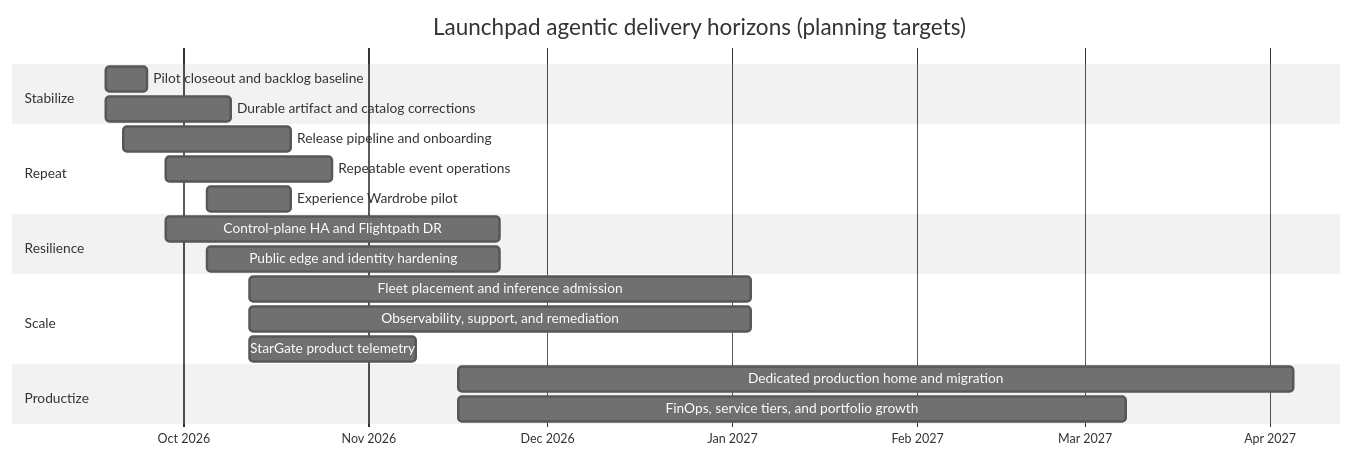
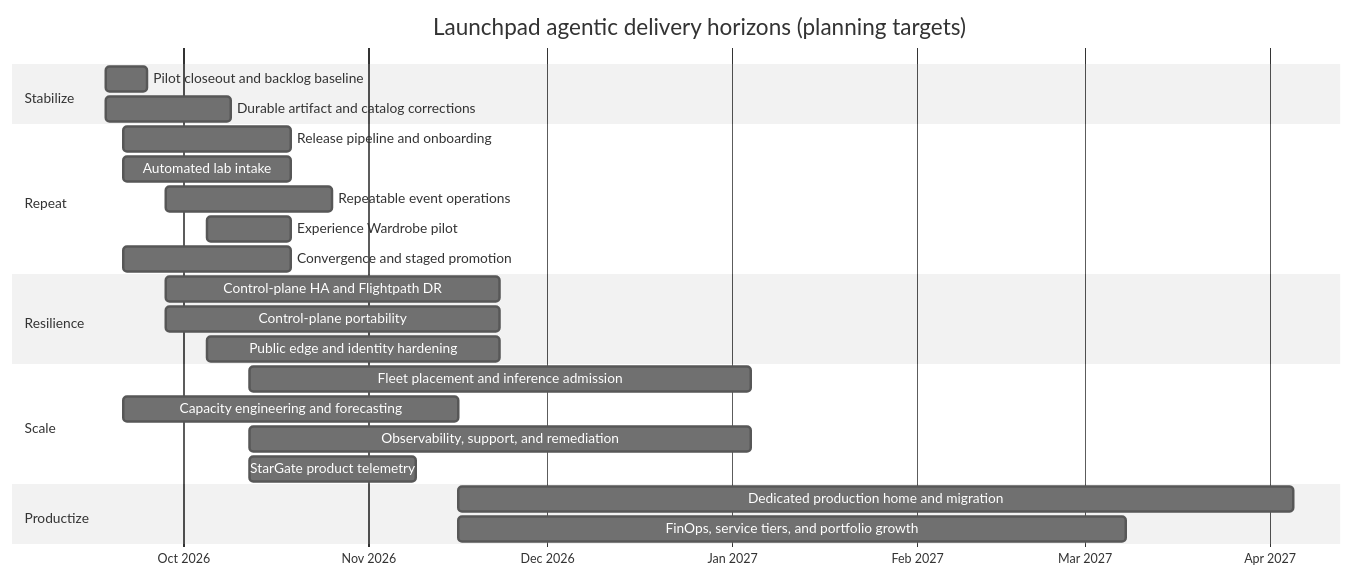
One commit to jkershawrh/launchpad changed the diagram in docs/product-delivery-roadmap.md. Above: the diagram before and after it, drawn with Mermaid (neutral theme). The commit also changed other lines of this file and 13 other files, not shown here.

````diff
--- a/docs/product-delivery-roadmap.md
+++ b/docs/product-delivery-roadmap.md
@@ -74,28 +89,32 @@
 ```mermaid
 gantt
     title Launchpad agentic delivery horizons (planning targets)
     dateFormat  YYYY-MM-DD
     axisFormat  %b %Y
 
     section Stabilize
     Pilot closeout and backlog baseline       :h0, 2026-09-18, 1w
     Durable artifact and catalog corrections  :h0a, 2026-09-18, 3w
 
     section Repeat
     Release pipeline and onboarding            :h1, 2026-09-21, 4w
+    Automated lab intake                        :h1c, 2026-09-21, 4w
     Repeatable event operations                :h1a, 2026-09-28, 4w
     Experience Wardrobe pilot                  :h1b, 2026-10-05, 2w
+    Convergence and staged promotion            :h1d, 2026-09-21, 4w
 
     section Resilience
     Control-plane HA and Flightpath DR          :h2, 2026-09-28, 8w
+    Control-plane portability                   :h2b, 2026-09-28, 8w
     Public edge and identity hardening          :h2a, 2026-10-05, 7w
 
     section Scale
     Fleet placement and inference admission     :h3, 2026-10-12, 12w
+    Capacity engineering and forecasting        :h3c, 2026-09-21, 8w
     Observability, support, and remediation      :h3a, 2026-10-12, 12w
     StarGate product telemetry                  :h3b, 2026-10-12, 4w
 
     section Productize
     Dedicated production home and migration     :h4, 2026-11-16, 20w
     FinOps, service tiers, and portfolio growth  :h4a, 2026-11-16, 16w
 ```
````
